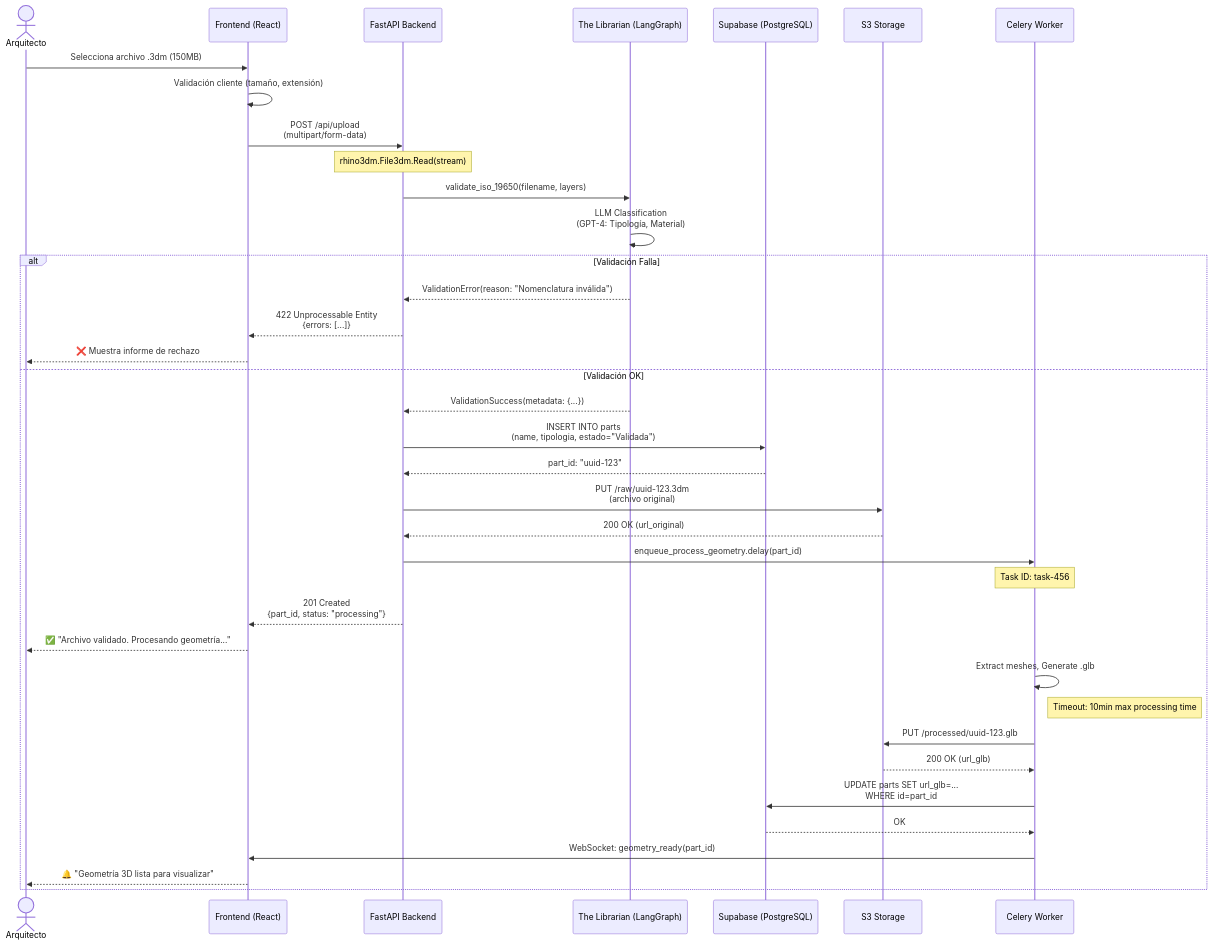
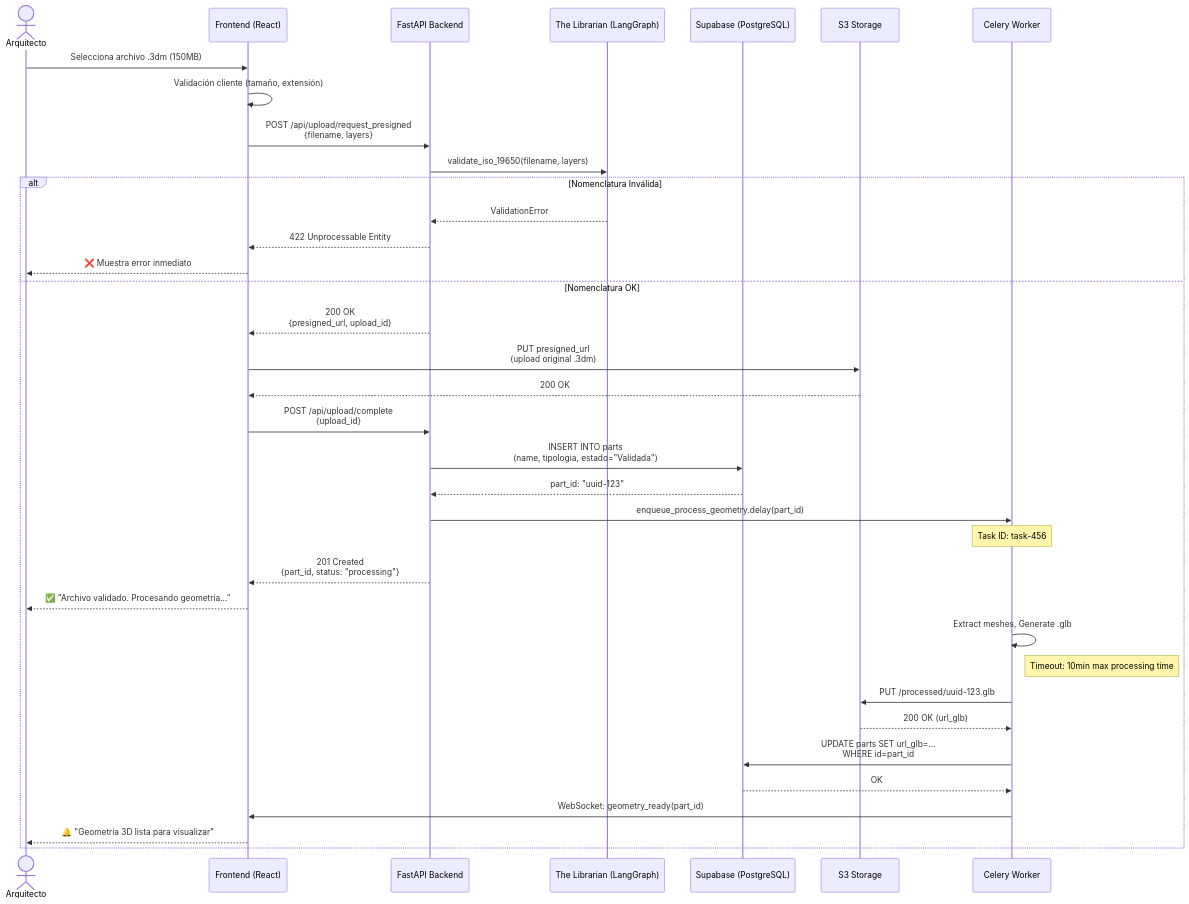
One commit to LIDR-academy/AI4Devs-finalproject changed the second of 7 diagrams in docs/04-use-cases.md. Above: the diagram before and after it, drawn with Mermaid. The commit also changed other lines of this file and 11 other files, not shown here.

Commit message:
docs: Update file upload flow to use presigned URLs, enhance agent design with testing setup, and refine various documentation and process files.

````diff
--- a/docs/04-use-cases.md
+++ b/docs/04-use-cases.md
@@ -90,50 +90,50 @@
 ```mermaid
 sequenceDiagram
     actor User as Arquitecto
     participant FE as Frontend (React)
     participant API as FastAPI Backend
     participant Agent as The Librarian (LangGraph)
     participant DB as Supabase (PostgreSQL)
     participant Storage as S3 Storage
     participant Queue as Celery Worker
 
     User->>FE: Selecciona archivo .3dm (150MB)
     FE->>FE: Validación cliente (tamaño, extensión)
     
-    FE->>API: POST /api/upload<br/>(multipart/form-data)
-    Note over API: rhino3dm.File3dm.Read(stream)
+    FE->>API: POST /api/upload/request_presigned<br/>{filename, layers}
     
     API->>Agent: validate_iso_19650(filename, layers)
-    Agent->>Agent: LLM Classification<br/>(GPT-4: Tipología, Material)
     
-    alt Validación Falla
-        Agent-->>API: ValidationError(reason: "Nomenclatura inválida")
-        API-->>FE: 422 Unprocessable Entity<br/>{errors: [...]}
-        FE-->>User: ❌ Muestra informe de rechazo
-    else Validación OK
-        Agent-->>API: ValidationSuccess(metadata: {...})
+    alt Nomenclatura Inválida
+        Agent-->>API: ValidationError
+        API-->>FE: 422 Unprocessable Entity
+        FE-->>User: ❌ Muestra error inmediato
+    else Nomenclatura OK
+        API-->>FE: 200 OK<br/>{presigned_url, upload_id}
+        
+        FE->>Storage: PUT presigned_url<br/>(upload original .3dm)
+        Storage-->>FE: 200 OK
+        
+        FE->>API: POST /api/upload/complete<br/>{upload_id}
         
         API->>DB: INSERT INTO parts<br/>(name, tipologia, estado="Validada")
         DB-->>API: part_id: "uuid-123"
-        
-        API->>Storage: PUT /raw/uuid-123.3dm<br/>(archivo original)
-        Storage-->>API: 200 OK (url_original)
         
         API->>Queue: enqueue_process_geometry.delay(part_id)
         Note over Queue: Task ID: task-456
         
         API-->>FE: 201 Created<br/>{part_id, status: "processing"}
         FE-->>User: ✅ "Archivo validado. Procesando geometría..."
         
         Queue->>Queue: Extract meshes, Generate .glb
         Note right of Queue: Timeout: 10min max processing time
         Queue->>Storage: PUT /processed/uuid-123.glb
         Storage-->>Queue: 200 OK (url_glb)
         
         Queue->>DB: UPDATE parts SET url_glb=...<br/>WHERE id=part_id
         DB-->>Queue: OK
         
         Queue->>FE: WebSocket: geometry_ready(part_id)
         FE-->>User: 🔔 "Geometría 3D lista para visualizar"
     end
 ```
````
